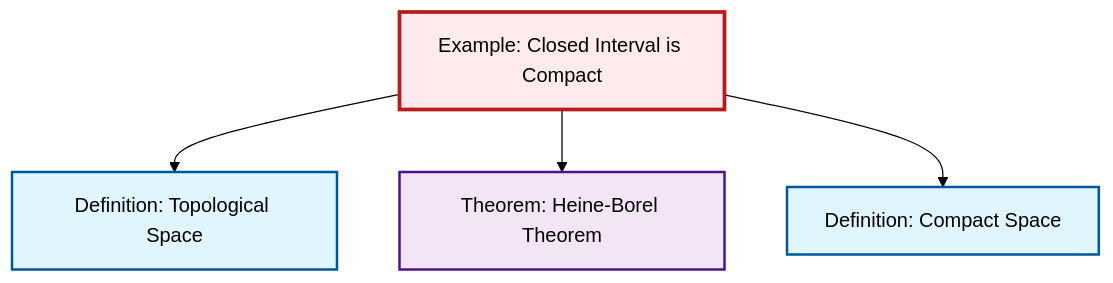
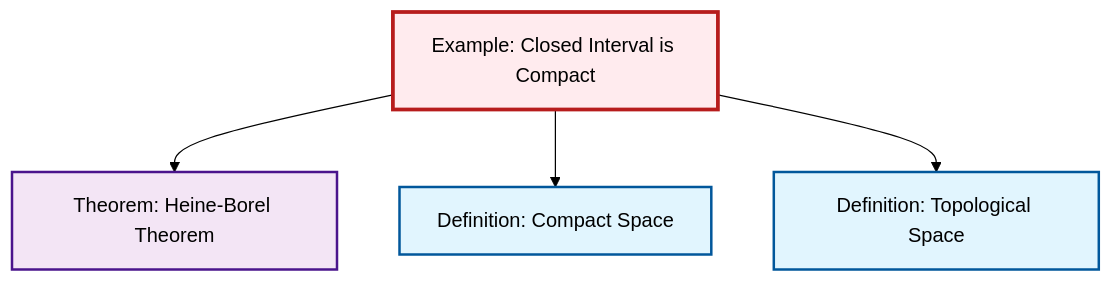
One commit to RK0429/ModernMath changed the diagram in output/mermaid/ex-closed-interval-compact.mermaid. Above: the diagram before and after it, drawn with Mermaid (forest theme). The commit also changed other lines of this file and 1111 other files, not shown here.

````diff
--- a/output/mermaid/ex-closed-interval-compact.mermaid
+++ b/output/mermaid/ex-closed-interval-compact.mermaid
@@ -1,17 +1,17 @@
 ```{mermaid}
 %%| fig-cap: "Local dependency graph"
 graph TD
     classDef definition fill:#e1f5fe,stroke:#01579b,stroke-width:2px
     classDef theorem fill:#f3e5f5,stroke:#4a148c,stroke-width:2px
     classDef axiom fill:#fff3e0,stroke:#e65100,stroke-width:2px
     classDef example fill:#e8f5e9,stroke:#1b5e20,stroke-width:2px
     classDef current fill:#ffebee,stroke:#b71c1c,stroke-width:3px
     def-topological-space["Definition: Topological Space"]:::definition
+    ex-closed-interval-compact["Example: Closed Interval is Compact"]:::example
     thm-heine-borel["Theorem: Heine-Borel Theorem"]:::theorem
-    ex-closed-interval-compact["Example: Closed Interval is Compact"]:::example
     def-compact["Definition: Compact Space"]:::definition
-    ex-closed-interval-compact --> def-topological-space
     ex-closed-interval-compact --> thm-heine-borel
     ex-closed-interval-compact --> def-compact
+    ex-closed-interval-compact --> def-topological-space
     class ex-closed-interval-compact current
 ```
````
